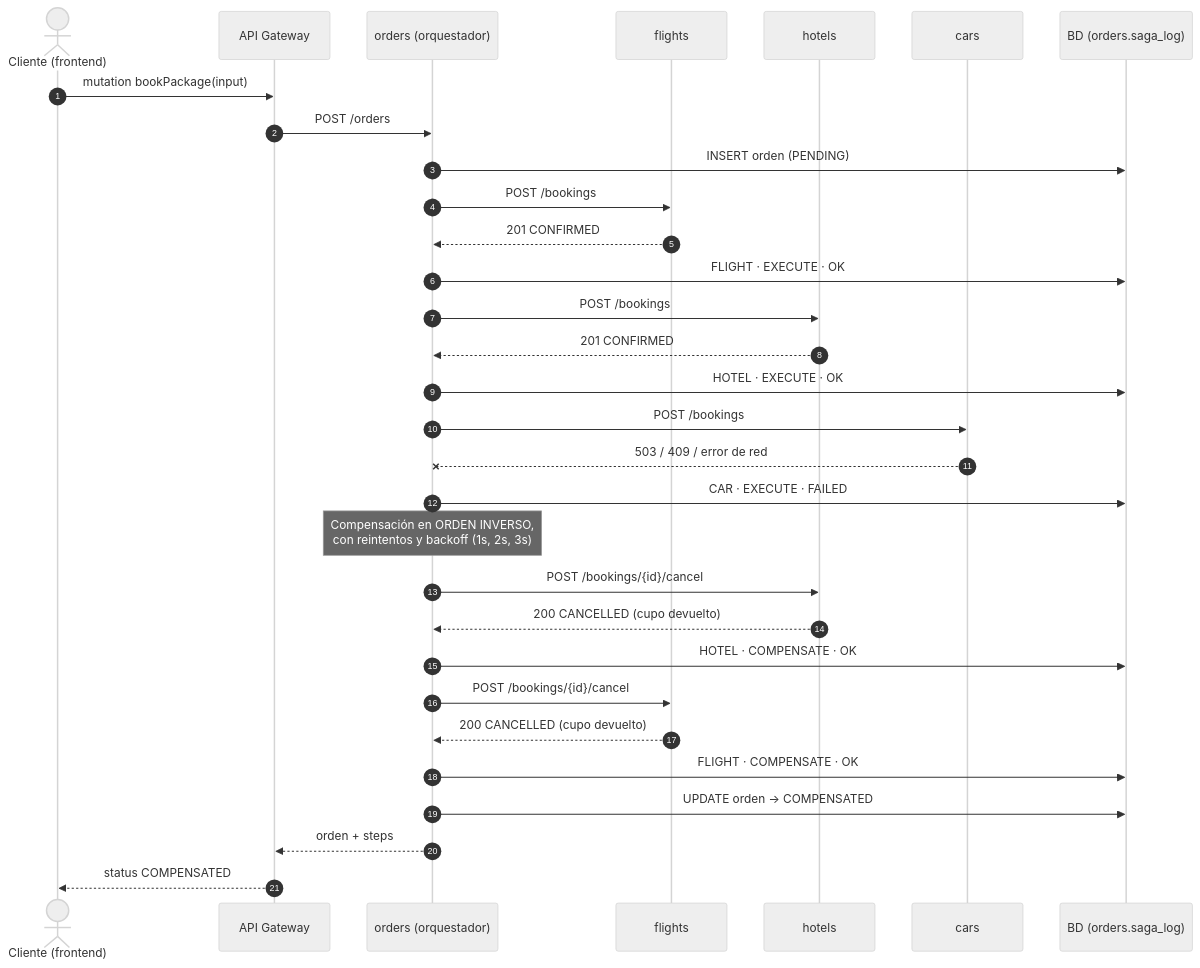
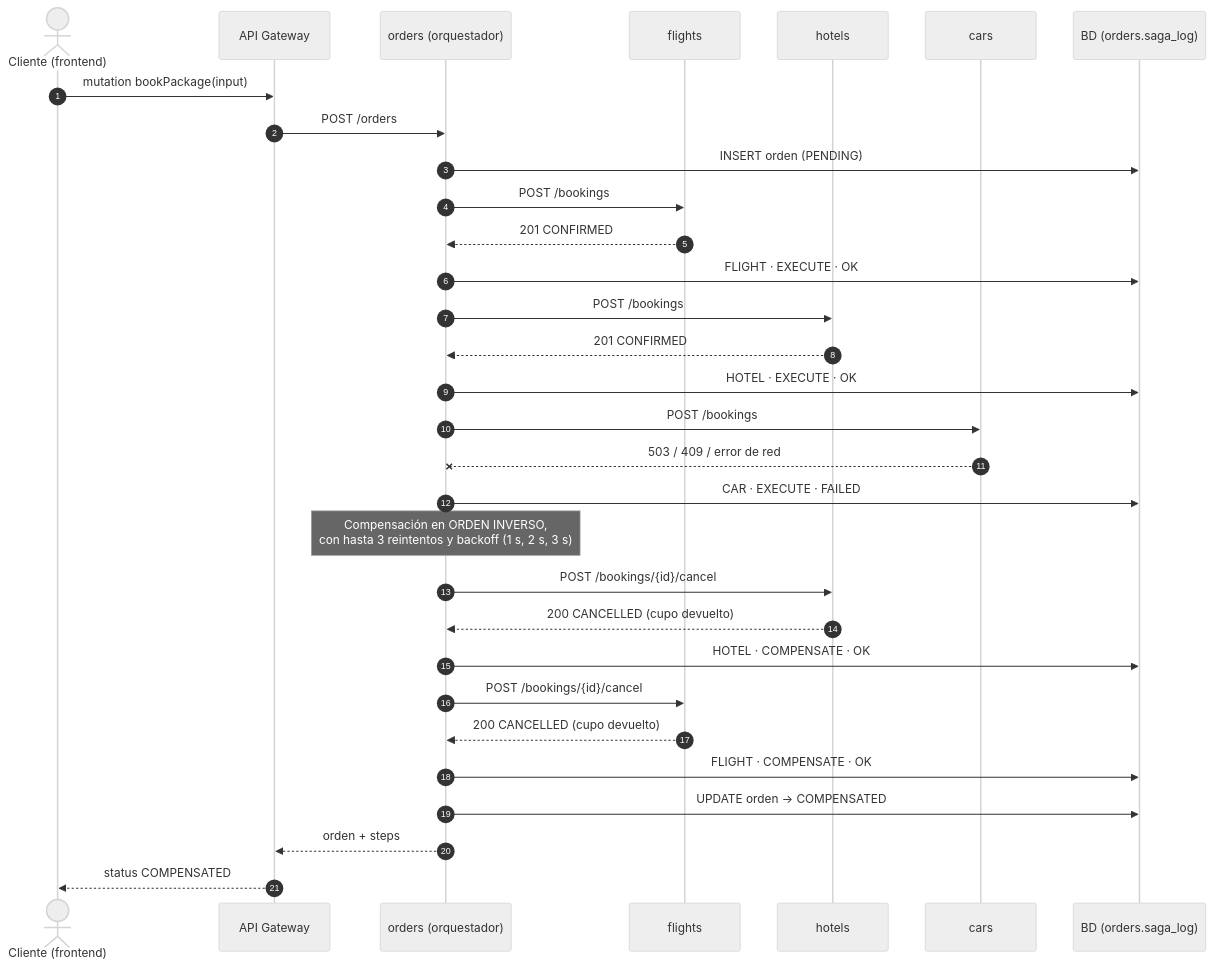
One commit to Josu-s12/WanderSync changed the fourth of 6 diagrams in docs/ARQUITECTURA.md. Above: the diagram before and after it, drawn with Mermaid (neutral theme). The commit also changed other lines of this file and 16 other files, not shown here.

````diff
--- a/docs/ARQUITECTURA.md
+++ b/docs/ARQUITECTURA.md
@@ -254,34 +254,34 @@
 ```mermaid
 sequenceDiagram
   autonumber
   actor C as Cliente (frontend)
   participant GW as API Gateway
   participant O as orders (orquestador)
   participant F as flights
   participant H as hotels
   participant A as cars
   participant L as BD (orders.saga_log)
 
   C->>GW: mutation bookPackage(input)
   GW->>O: POST /orders
   O->>L: INSERT orden (PENDING)
   O->>F: POST /bookings
   F-->>O: 201 CONFIRMED
   O->>L: FLIGHT · EXECUTE · OK
   O->>H: POST /bookings
   H-->>O: 201 CONFIRMED
   O->>L: HOTEL · EXECUTE · OK
   O->>A: POST /bookings
   A--xO: 503 / 409 / error de red
   O->>L: CAR · EXECUTE · FAILED
-  Note over O: Compensación en ORDEN INVERSO,<br/>con reintentos y backoff (1s, 2s, 3s)
+  Note over O: Compensación en ORDEN INVERSO,<br/>con hasta 3 reintentos y backoff (1 s, 2 s, 3 s)
   O->>H: POST /bookings/{id}/cancel
   H-->>O: 200 CANCELLED (cupo devuelto)
   O->>L: HOTEL · COMPENSATE · OK
   O->>F: POST /bookings/{id}/cancel
   F-->>O: 200 CANCELLED (cupo devuelto)
   O->>L: FLIGHT · COMPENSATE · OK
   O->>L: UPDATE orden → COMPENSATED
   O-->>GW: orden + steps
   GW-->>C: status COMPENSATED
 ```
````
